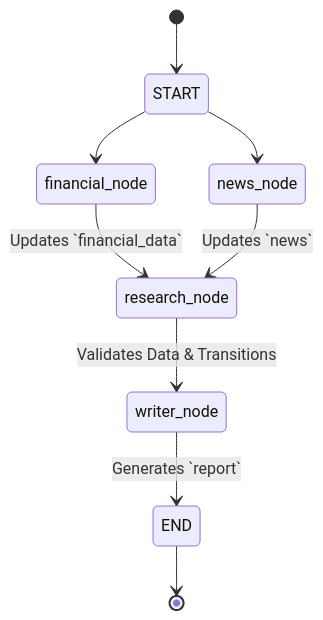
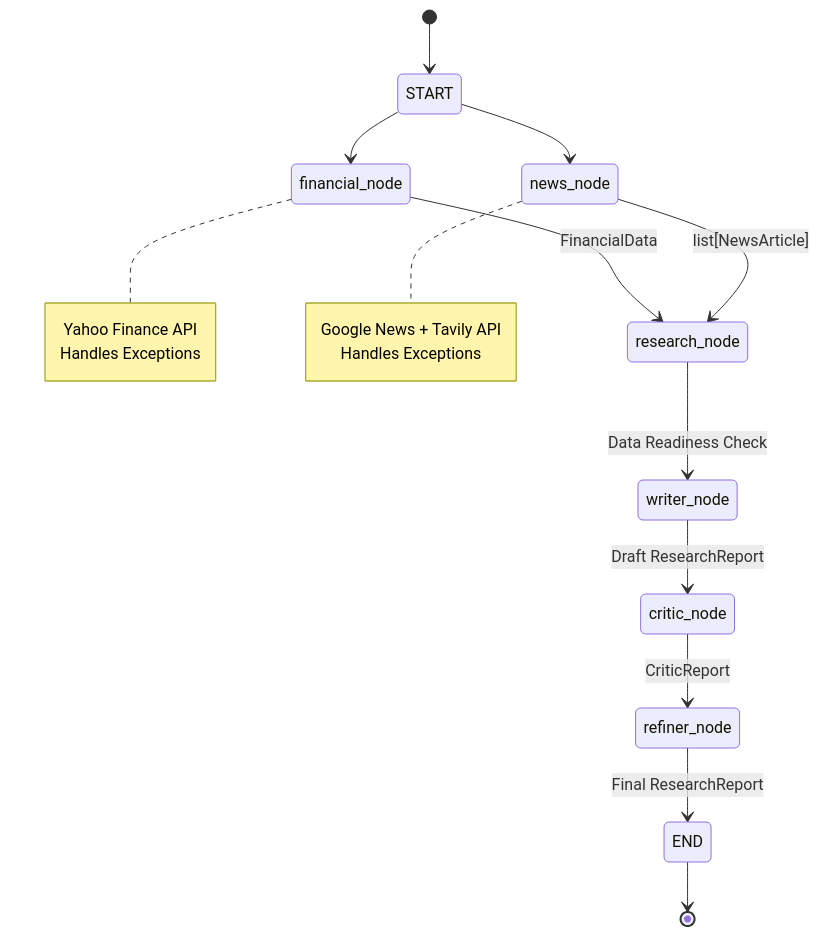
One commit to saiiexd/Verdict-Agentic-Research-Analyst changed the diagram in backend/docs/WORKFLOW_DIAGRAM.md. Above: the diagram before and after it, drawn with Mermaid. The commit also changed other lines of this file and 23 other files, not shown here.

````diff
--- a/backend/docs/WORKFLOW_DIAGRAM.md
+++ b/backend/docs/WORKFLOW_DIAGRAM.md
@@ -7,18 +3,30 @@
 ```mermaid
 stateDiagram-v2
-    direction TB
-    
     [*] --> START
     
     START --> financial_node
     START --> news_node
     
-    financial_node --> research_node : Updates `financial_data`
-    news_node --> research_node : Updates `news`
+    financial_node --> research_node : FinancialData
+    news_node --> research_node : list[NewsArticle]
     
-    research_node --> writer_node : Validates Data & Transitions
+    note right of financial_node
+        Yahoo Finance API
+        Handles Exceptions
+    end note
     
-    writer_node --> END : Generates `report`
+    note right of news_node
+        Google News + Tavily API
+        Handles Exceptions
+    end note
+    
+    research_node --> writer_node : Data Readiness Check
+    
+    writer_node --> critic_node : Draft ResearchReport
+    
+    critic_node --> refiner_node : CriticReport
+    
+    refiner_node --> END : Final ResearchReport
     
     END --> [*]
 ```
````
